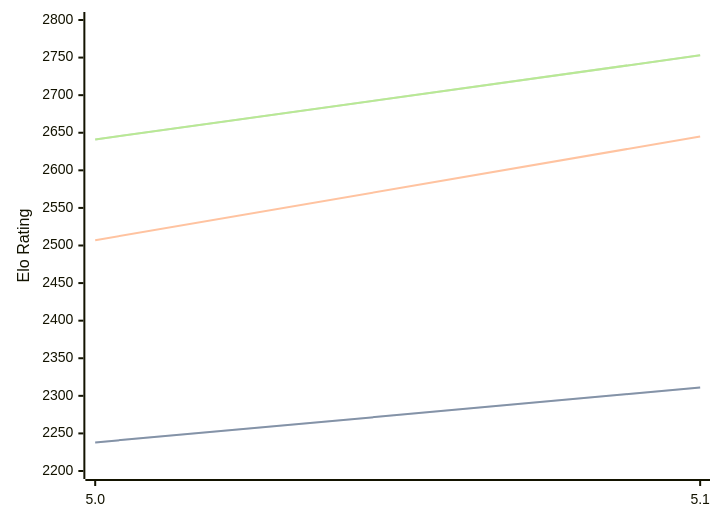
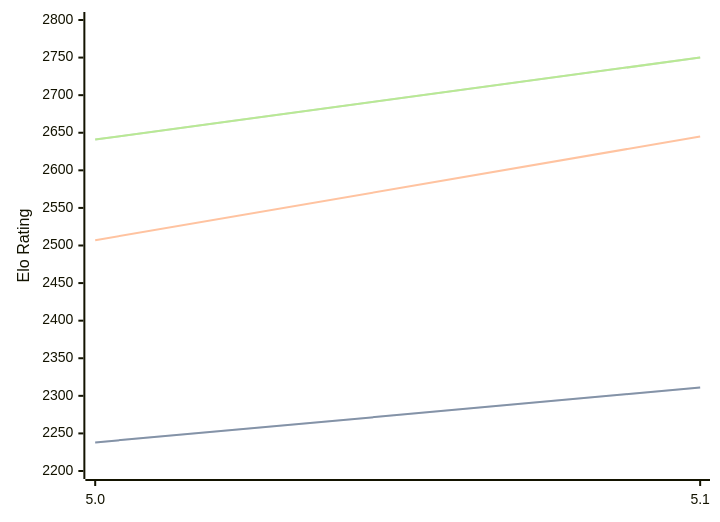
Before and after one commit to computer-chess-index/cci: the diagram in engines/Dorky.md, drawn with Mermaid. The commit also changed other lines of this file, not shown here.

Commit message:
Update CCI Ratings (ELO VLTC) - 2026-09-04

````diff
--- a/engines/Dorky.md
+++ b/engines/Dorky.md
@@ -32,11 +32,11 @@
 ```mermaid
 %%{init: {"theme":"base","themeVariables":{"seriesColors:['#a3a3a3','#222221','#faa371']}}}%%
 xychart-beta
   x-axis ["5.0", "5.1"]
   y-axis "Elo Rating" 2200 --> 2800
   line "" [2238, 2311]
   line "STC (8.0+0.08s)" [2238, 2311]
   line "LTC (60.0+0.60s)" [2507, 2645]
-  line "" [2641, 2753]
-  line "VLTC (2m24s+1.12s)" [2641, 2753]
+  line "" [2641, 2750]
+  line "VLTC (2m24s+1.12s)" [2641, 2750]
 ```
````
